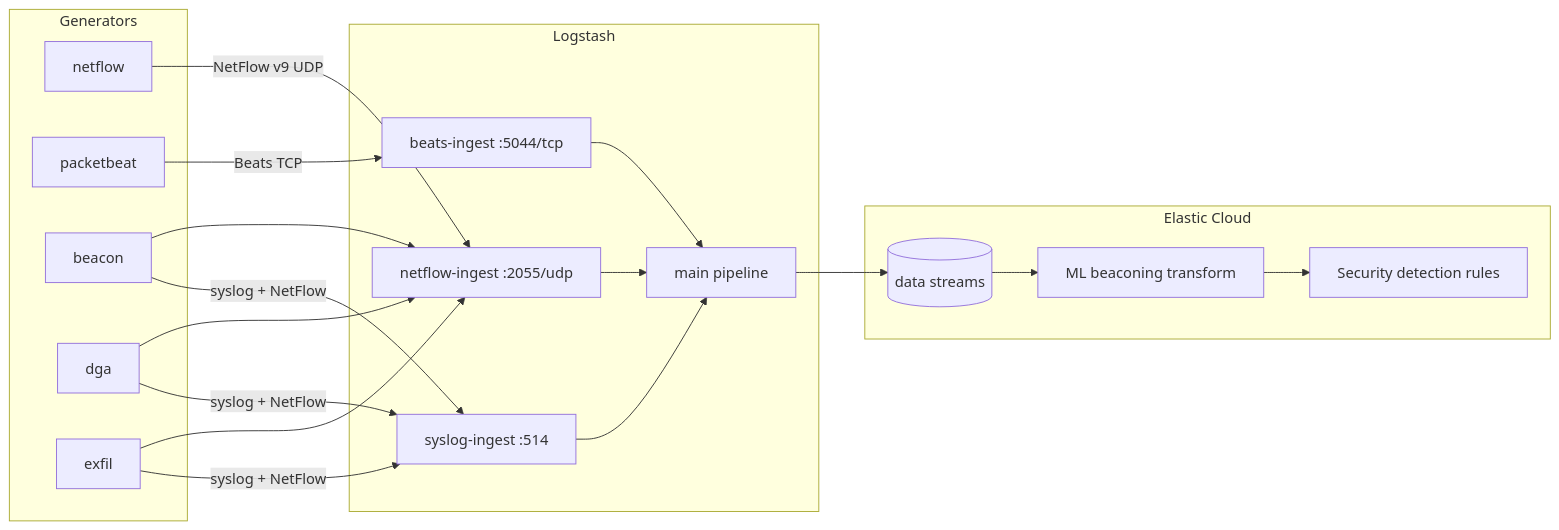
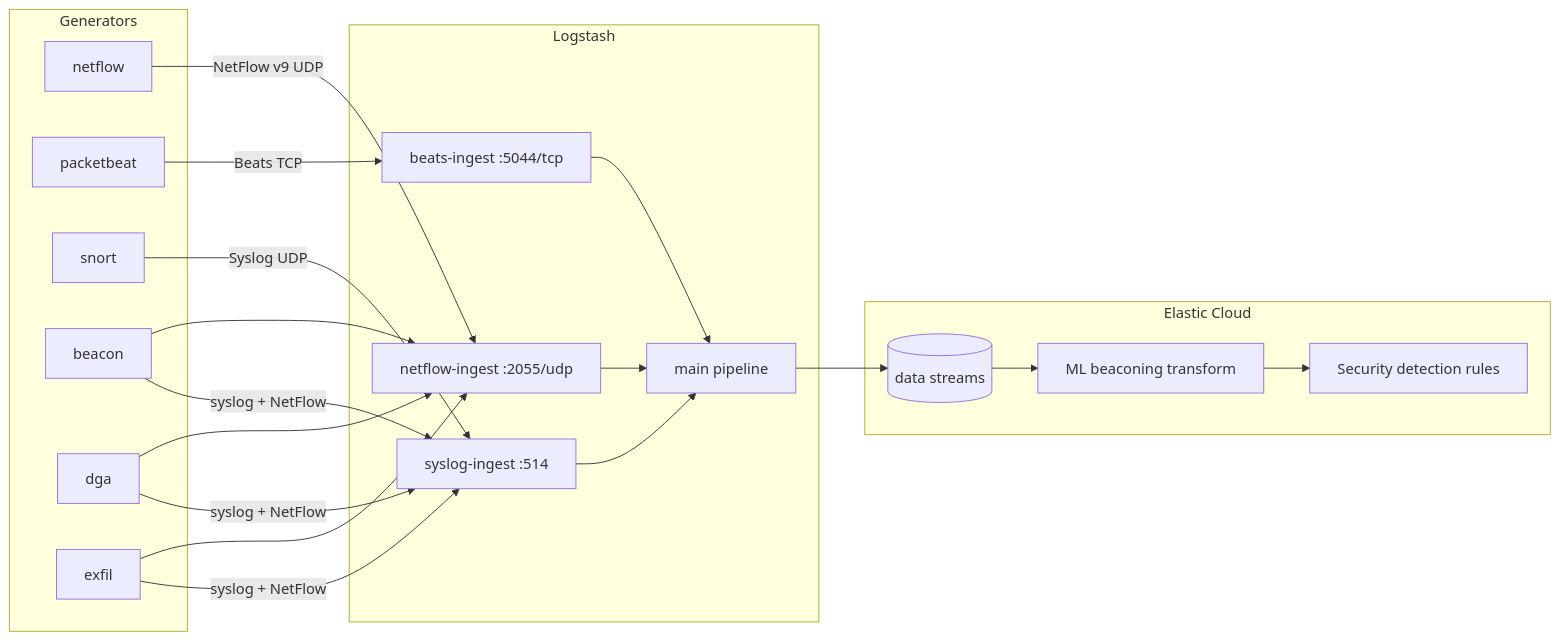
One commit to katelawrencegupta-elastic/demos changed the diagram in README.md. Above: the diagram before and after it, drawn with Mermaid. The commit also changed other lines of this file and 3 other files, not shown here.

````diff
--- a/README.md
+++ b/README.md
@@ -16,39 +16,41 @@
 ```mermaid
 flowchart LR
   subgraph generators [Generators]
     NF[netflow]
     PB[packetbeat]
+    SN[snort]
     BC[beacon]
     DGA[dga]
     EX[exfil]
   end
 
   subgraph logstash [Logstash]
     NI[netflow-ingest :2055/udp]
     BI[beats-ingest :5044/tcp]
     SI[syslog-ingest :514]
     MAIN[main pipeline]
     NI --> MAIN
     BI --> MAIN
     SI --> MAIN
   end
 
   subgraph elastic [Elastic Cloud]
     DS[(data streams)]
     ML[ML beaconing transform]
     SEC[Security detection rules]
   end
 
   NF -->|NetFlow v9 UDP| NI
   PB -->|Beats TCP| BI
+  SN -->|Syslog UDP| SI
   BC -->|syslog + NetFlow| SI
   BC --> NI
   DGA -->|syslog + NetFlow| SI
   DGA --> NI
   EX -->|syslog + NetFlow| SI
   EX --> NI
 
   MAIN --> DS
   DS --> ML
   ML --> SEC
 ```
````
